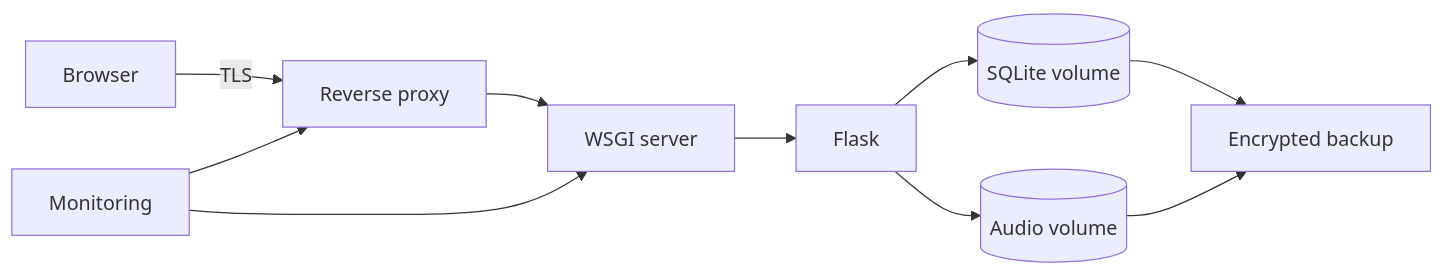
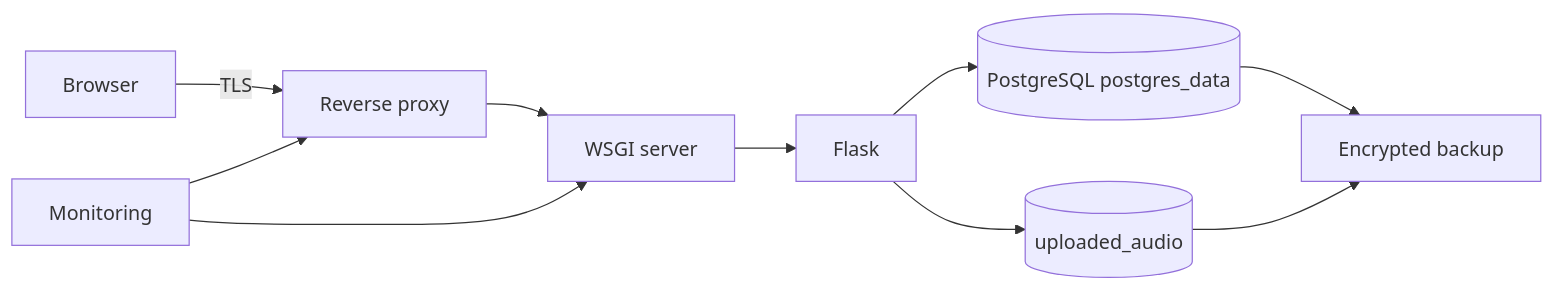
Before and after one commit to avismael/AssesStudio: the tenth of 16 diagrams in docs/12-diagrams.md, drawn with Mermaid. The commit also changed other lines of this file and 56 other files, not shown here.

````diff
--- a/docs/12-diagrams.md
+++ b/docs/12-diagrams.md
@@ -228,12 +228,12 @@
 ```mermaid
 flowchart LR
     Browser -->|TLS| Proxy[Reverse proxy]
     Proxy --> WSGI[WSGI server]
     WSGI --> App[Flask]
-    App --> DB[(SQLite volume)]
-    App --> Audio[(Audio volume)]
+    App --> DB[(PostgreSQL postgres_data)]
+    App --> Audio[(uploaded_audio)]
     DB --> Backup[Encrypted backup]
     Audio --> Backup
     Monitor[Monitoring] --> Proxy
     Monitor --> WSGI
 ```
````
